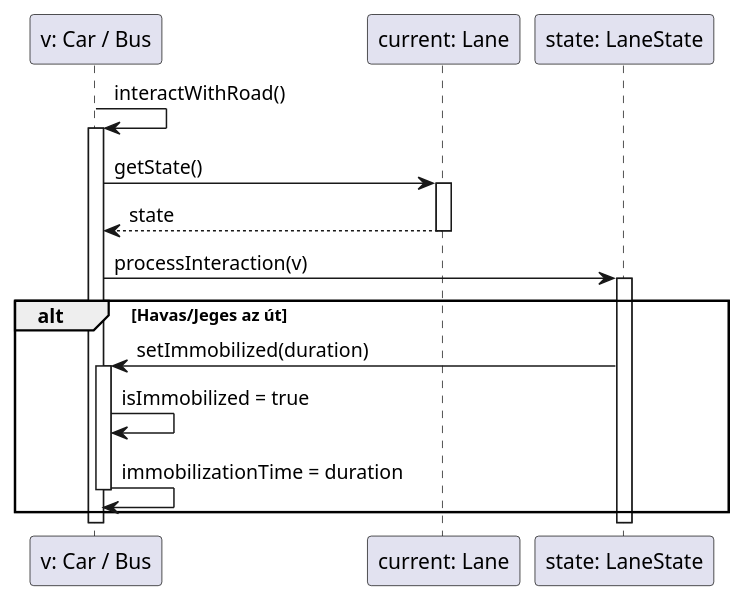
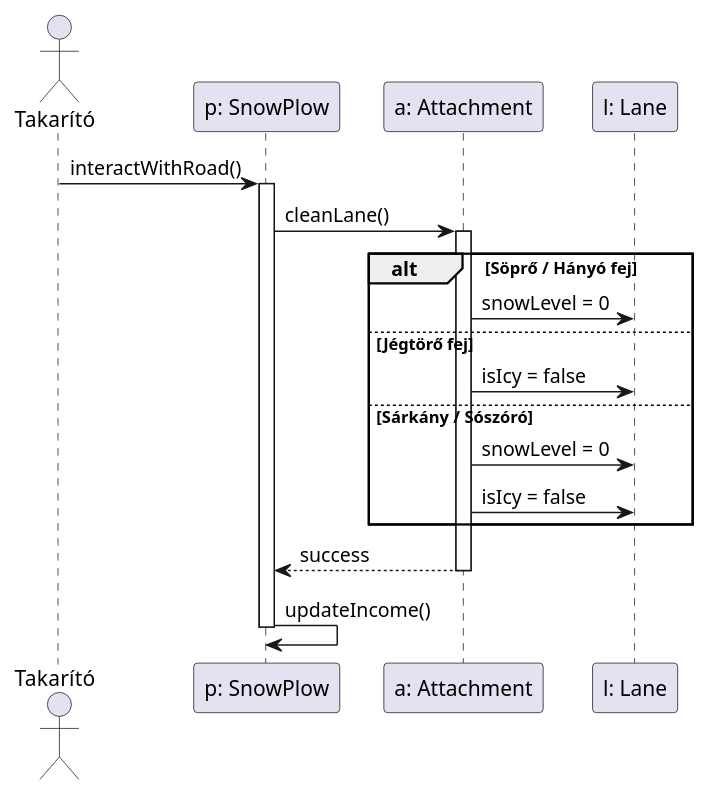
Before and after one commit to toth-andor/UneNotteANapoli: the diagram in docs/04/diagrams/sequence/02.puml, drawn with PlantUML. The commit also changed 3 other files, not shown here.

Commit message:
elso szekvencia diagrammok finomitasa/javitasa

```diff
--- a/docs/04/diagrams/sequence/02.puml
+++ b/docs/04/diagrams/sequence/02.puml
@@ -1,24 +1,24 @@
 @startuml
-participant "v: Car / Bus" as V
-participant "current: Lane" as L
-participant "state: LaneState" as S
+actor "Takarító" as T
+participant "p: SnowPlow" as P
+participant "a: Attachment" as A
+participant "l: Lane" as L
 
-V -> V : interactWithRoad()
-activate V
-    V -> L : getState()
-    activate L
-    L --> V : state
-    deactivate L
+T -> P : interactWithRoad()
+activate P
+    P -> A : cleanLane()
+    activate A
+        alt Söprő / Hányó fej
+            A -> L : snowLevel = 0
+        else Jégtörő fej
+            A -> L : isIcy = false
+        else Sárkány / Sószóró
+            A -> L : snowLevel = 0
+            A -> L : isIcy = false
+        end
+        A --> P : success
+    deactivate A
     
-    V -> S : processInteraction(v)
-    activate S
-        alt Havas/Jeges az út
-            S -> V : setImmobilized(duration)
-            activate V
-                V -> V : isImmobilized = true
-                V -> V : immobilizationTime = duration
-            deactivate V
-        end
-    deactivate S
-deactivate V
+    P -> P : updateIncome()
+deactivate P
 @enduml
```
